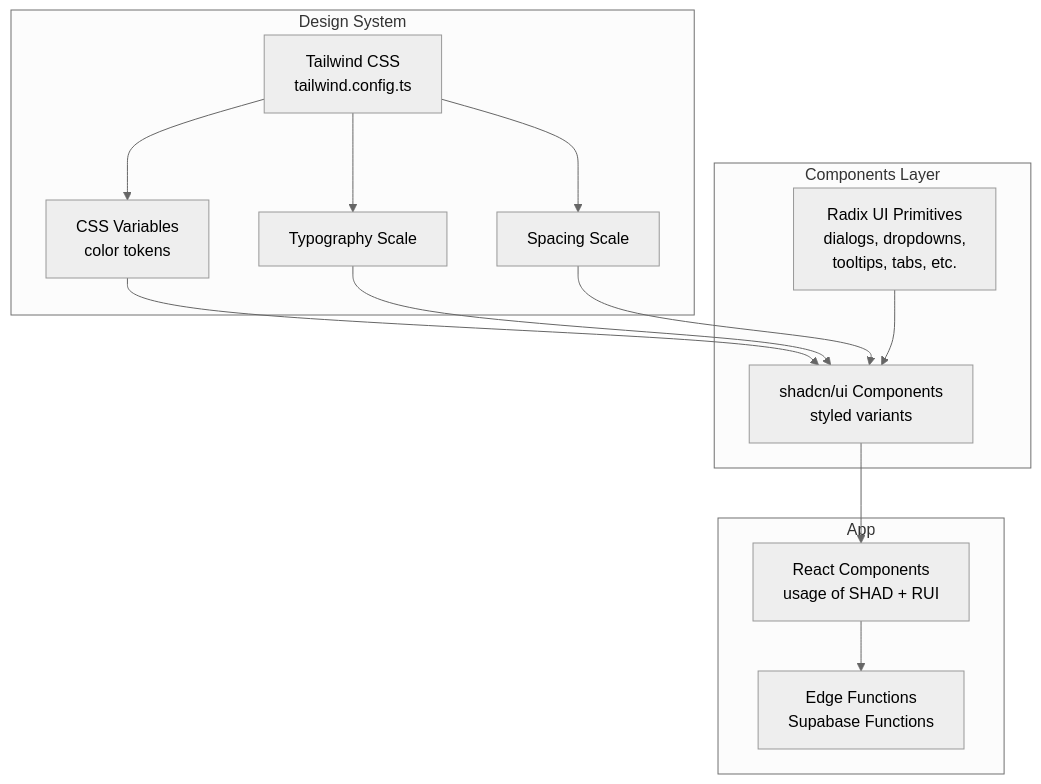
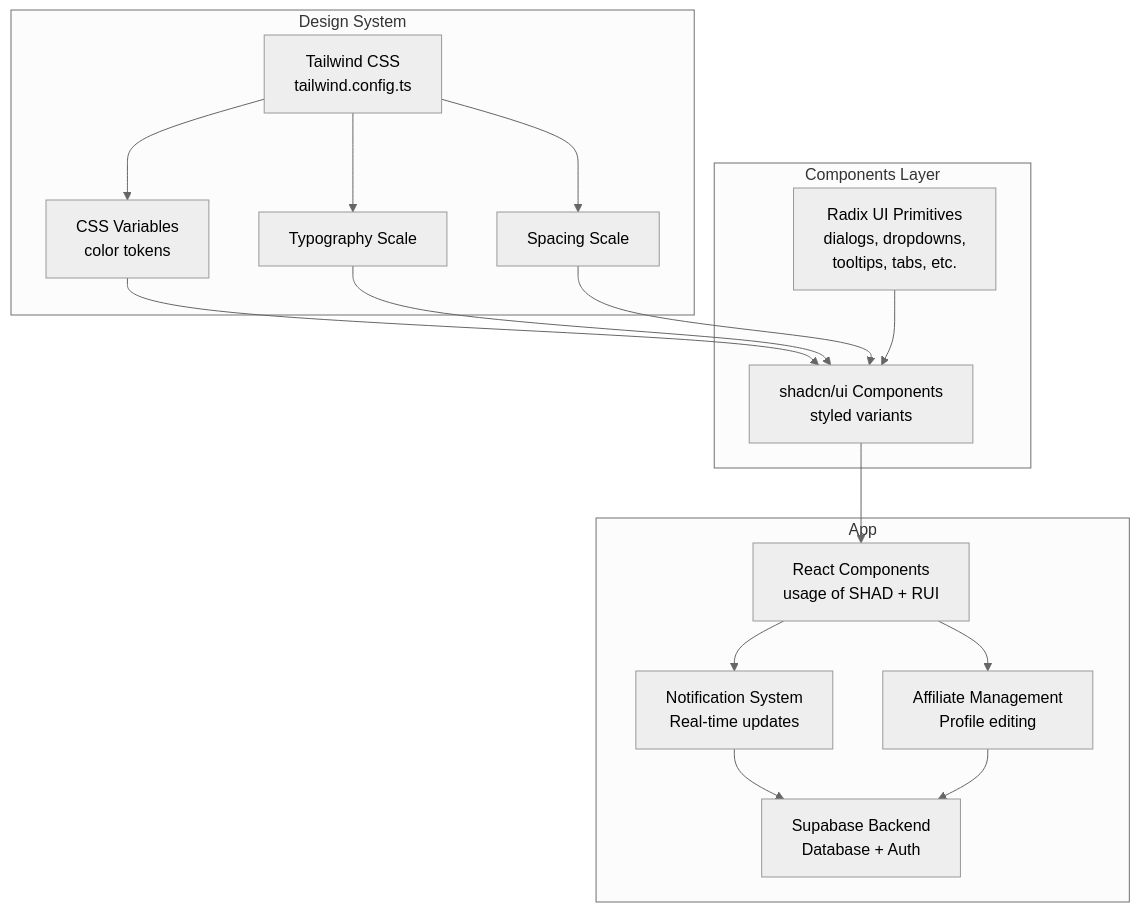
The second of 3 diagrams in .qoder/repowiki/en/content/UI Components & Design System.md (Hawky1/ryland), drawn with Mermaid (neutral theme) before and after one commit. The commit also changed other lines of this file and 87 other files, not shown here.

````diff
--- a/.qoder/repowiki/en/content/UI Components & Design System.md
+++ b/.qoder/repowiki/en/content/UI Components & Design System.md
@@ -102,26 +111,31 @@
 ```mermaid
 graph TB
 subgraph "Design System"
 TW["Tailwind CSS<br/>tailwind.config.ts"]
 CSSV["CSS Variables<br/>color tokens"]
 TWT["Typography Scale"]
 SP["Spacing Scale"]
 end
 subgraph "Components Layer"
 RUI["Radix UI Primitives<br/>dialogs, dropdowns,<br/>tooltips, tabs, etc."]
 SHAD["shadcn/ui Components<br/>styled variants"]
 end
 subgraph "App"
 APP["React Components<br/>usage of SHAD + RUI"]
-END["Edge Functions<br/>Supabase Functions"]
+NOTIF["Notification System<br/>Real-time updates"]
+AFF["Affiliate Management<br/>Profile editing"]
+END["Supabase Backend<br/>Database + Auth"]
 end
 TW --> CSSV
 TW --> TWT
 TW --> SP
 CSSV --> SHAD
 TWT --> SHAD
 SP --> SHAD
 SHAD --> APP
 RUI --> SHAD
-APP --> END
+APP --> NOTIF
+APP --> AFF
+NOTIF --> END
+AFF --> END
 ```
````
